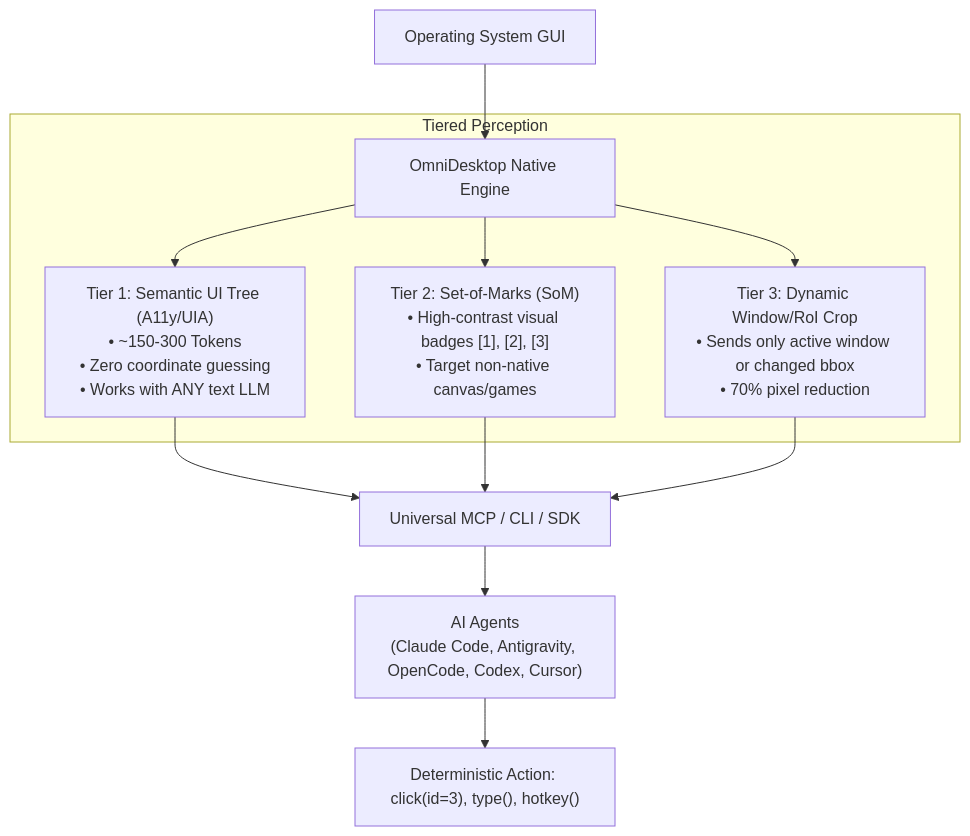
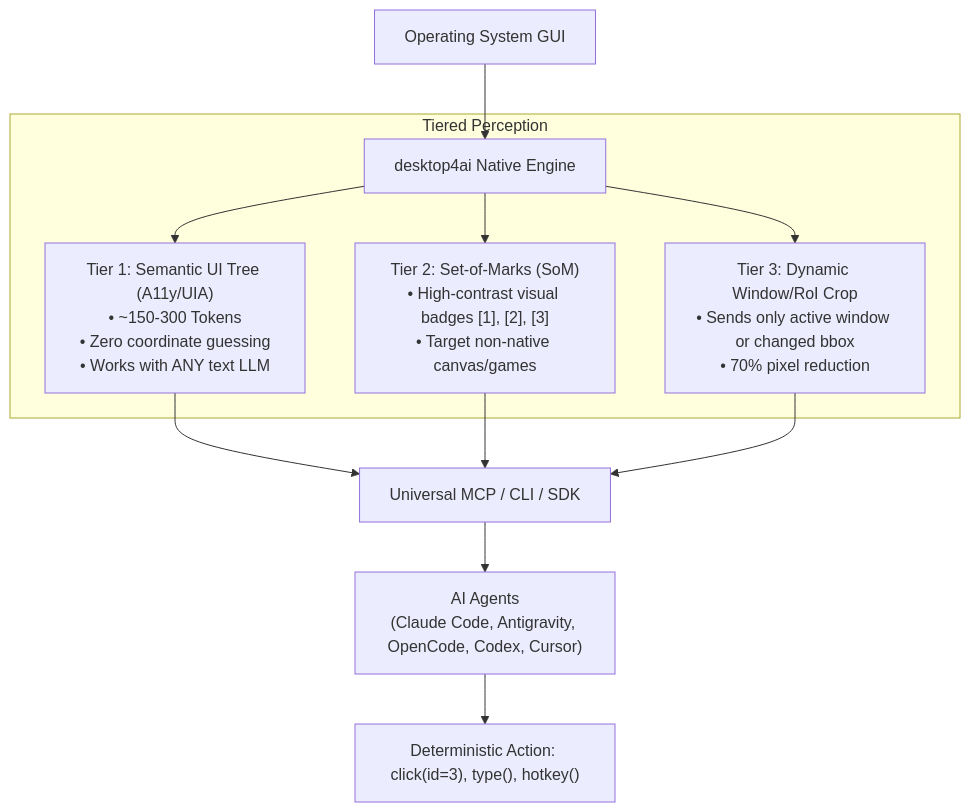
Before and after one commit to rztnotreal/desktop4ai: the second of 2 diagrams in docs/ARCHITECTURE.md, drawn with Mermaid. The commit also changed other lines of this file and 18 other files, not shown here.

````diff
--- a/docs/ARCHITECTURE.md
+++ b/docs/ARCHITECTURE.md
@@ -31,17 +31,17 @@
 ```mermaid
 flowchart TD
-    OS["Operating System GUI"] --> Core["OmniDesktop Native Engine"]
+    OS["Operating System GUI"] --> Core["desktop4ai Native Engine"]
     
     subgraph Perception ["Tiered Perception"]
         Core --> Tier1["Tier 1: Semantic UI Tree (A11y/UIA)\n• ~150-300 Tokens\n• Zero coordinate guessing\n• Works with ANY text LLM"]
         Core --> Tier2["Tier 2: Set-of-Marks (SoM)\n• High-contrast visual badges [1], [2], [3]\n• Target non-native canvas/games"]
         Core --> Tier3["Tier 3: Dynamic Window/RoI Crop\n• Sends only active window or changed bbox\n• 70% pixel reduction"]
     end
 
     Tier1 --> Protocol["Universal MCP / CLI / SDK"]
     Tier2 --> Protocol
     Tier3 --> Protocol
 
     Protocol --> Agent["AI Agents\n(Claude Code, Antigravity, OpenCode, Codex, Cursor)"]
     Agent --> Action["Deterministic Action: click(id=3), type(), hotkey()"]
 ```
````
